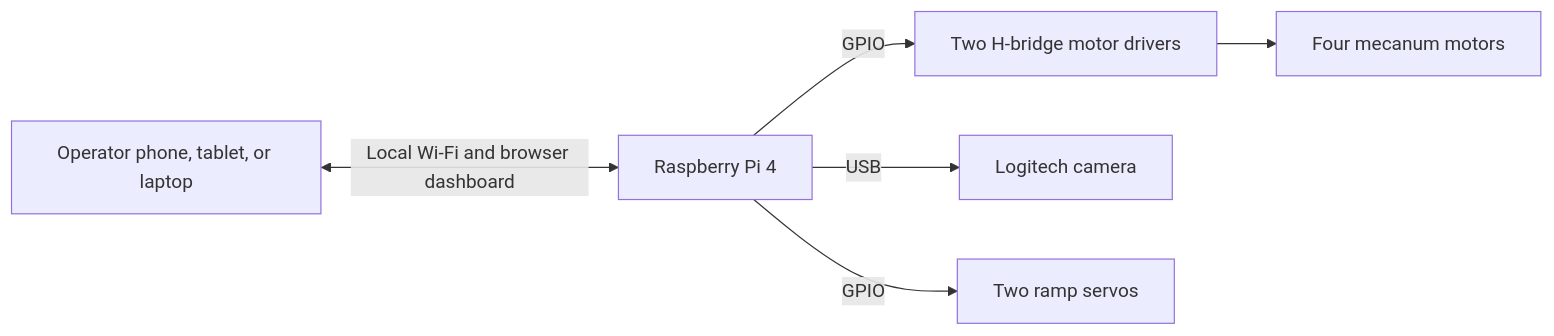
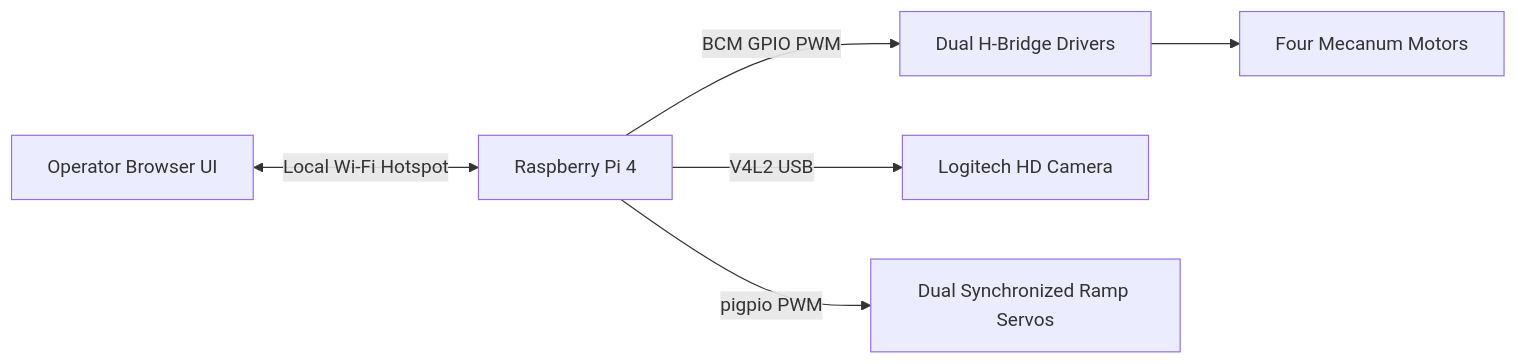
One commit to AloeVeraZ/CityTechClubProjects changed the diagram in stem-research-academy/README.md. Above: the diagram before and after it, drawn with Mermaid. The commit also changed other lines of this file and 9 other files, not shown here.

````diff
--- a/stem-research-academy/README.md
+++ b/stem-research-academy/README.md
@@ -81,8 +68,8 @@
 ```mermaid
 flowchart LR
-    O["Operator phone, tablet, or laptop"] <-->|"Local Wi-Fi and browser dashboard"| P["Raspberry Pi 4"]
-    P -->|"GPIO"| D["Two H-bridge motor drivers"]
-    D --> M["Four mecanum motors"]
-    P -->|"USB"| C["Logitech camera"]
-    P -->|"GPIO"| S["Two ramp servos"]
+    O["Operator Browser UI"] <-->|"Local Wi-Fi Hotspot"| P["Raspberry Pi 4"]
+    P -->|"BCM GPIO PWM"| D["Dual H-Bridge Drivers"]
+    D --> M["Four Mecanum Motors"]
+    P -->|"V4L2 USB"| C["Logitech HD Camera"]
+    P -->|"pigpio PWM"| S["Dual Synchronized Ramp Servos"]
 ```
````
